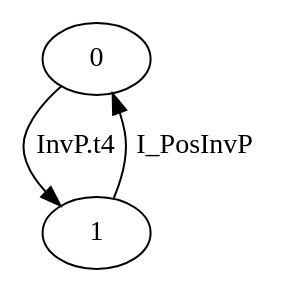
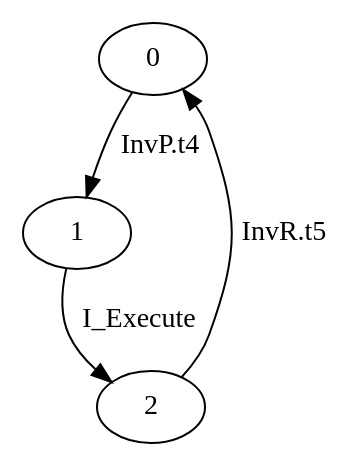
Before and after one commit to nsrosa70/midarch-go-v13: the diagram in src/cspspecs/MAPEK/EXECUTOR.dot, drawn with Graphviz. The commit also changed 37 other files, not shown here.

Commit message:
EE like an architecture

```diff
--- a/src/cspspecs/MAPEK/EXECUTOR.dot
+++ b/src/cspspecs/MAPEK/EXECUTOR.dot
@@ -1,4 +1,5 @@
 digraph G {
   0 -> 1 [ label="InvP.t4" ];
-  1 -> 0 [ label="I_PosInvP" ];
+  1 -> 2 [ label="I_Execute" ];
+  2 -> 0 [ label="InvR.t5" ];
 }
```
